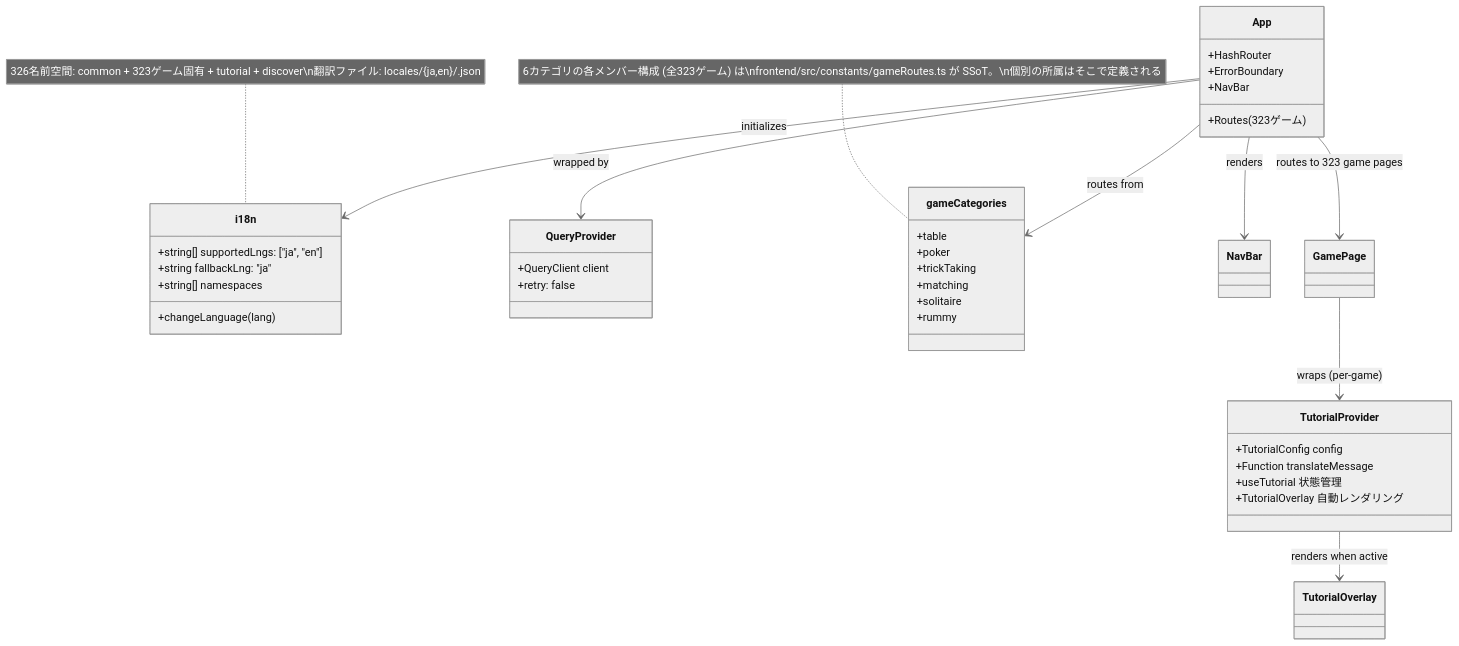
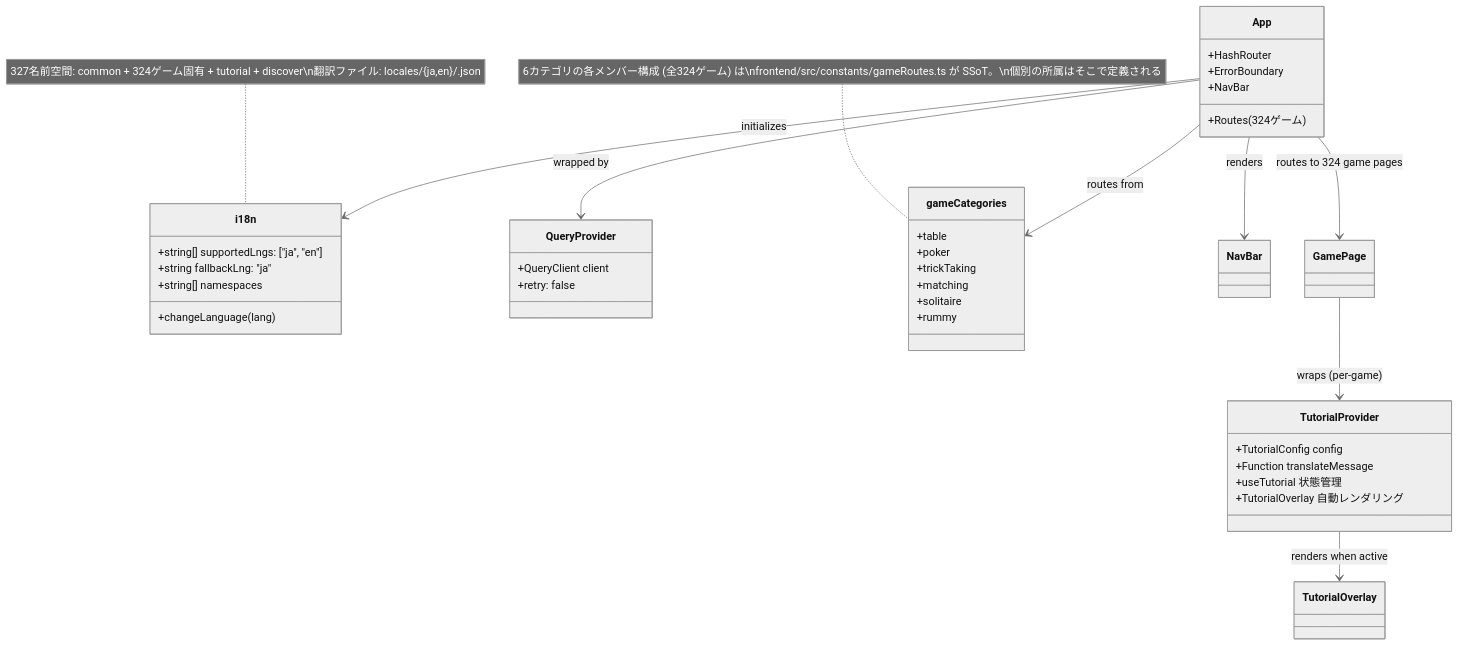
The ninth of 49 diagrams in docs/design/frontend.md (yuta-yoshinaga/go_trumpcards), drawn with Mermaid (neutral theme) before and after one commit. The commit also changed other lines of this file and 55 other files, not shown here.

````diff
--- a/docs/design/frontend.md
+++ b/docs/design/frontend.md
@@ -1874,48 +1874,48 @@
 ```mermaid
 classDiagram
     class i18n {
         +string[] supportedLngs: ["ja", "en"]
         +string fallbackLng: "ja"
         +string[] namespaces
         +changeLanguage(lang)
     }
 
     class QueryProvider {
         +QueryClient client
         +retry: false
     }
 
     class App {
         +HashRouter
         +ErrorBoundary
         +NavBar
-        +Routes (323ゲーム)
+        +Routes (324ゲーム)
     }
 
     class gameCategories {
         +table
         +poker
         +trickTaking
         +matching
         +solitaire
         +rummy
     }
-    note for gameCategories "6カテゴリの各メンバー構成 (全323ゲーム) は\nfrontend/src/constants/gameRoutes.ts が SSoT。\n個別の所属はそこで定義される"
+    note for gameCategories "6カテゴリの各メンバー構成 (全324ゲーム) は\nfrontend/src/constants/gameRoutes.ts が SSoT。\n個別の所属はそこで定義される"
 
     class TutorialProvider {
         +TutorialConfig config
         +Function translateMessage
         +useTutorial 状態管理
         +TutorialOverlay 自動レンダリング
     }
 
     App --> QueryProvider : wrapped by
     App --> i18n : initializes
     App --> gameCategories : routes from
     App --> NavBar : renders
-    App --> GamePage : routes to 323 game pages
+    App --> GamePage : routes to 324 game pages
     GamePage --> TutorialProvider : wraps (per-game)
     TutorialProvider --> TutorialOverlay : renders when active
 
-    note for i18n "326名前空間: common + 323ゲーム固有 + tutorial + discover\n翻訳ファイル: locales/{ja,en}/<game>.json"
+    note for i18n "327名前空間: common + 324ゲーム固有 + tutorial + discover\n翻訳ファイル: locales/{ja,en}/<game>.json"
 ```
````
